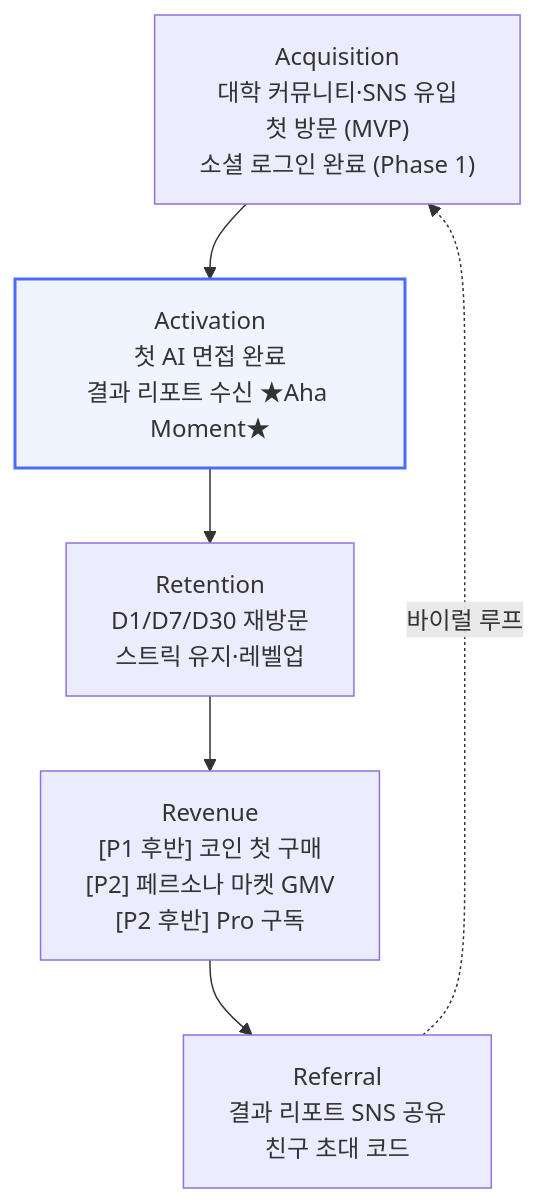
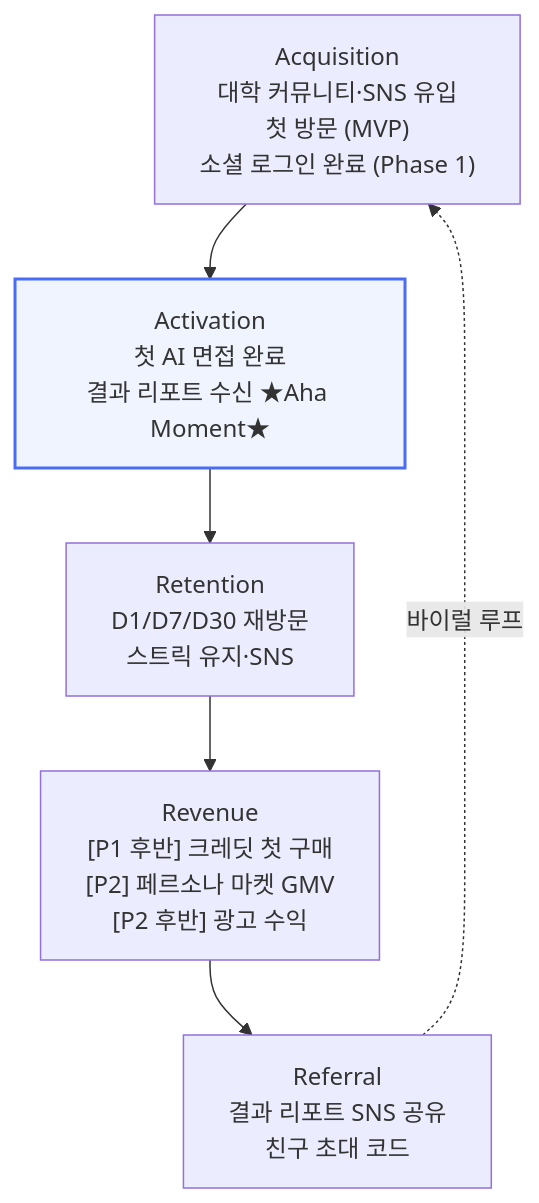
The third of 5 diagrams in docs/whitepaper/lww/proposal.md (2026-SKP-MIRAI/MIRAI), drawn with Mermaid before and after one commit. The commit also changed other lines of this file and 27 other files, not shown here.

````diff
--- a/docs/whitepaper/lww/proposal.md
+++ b/docs/whitepaper/lww/proposal.md
@@ -435,13 +481,13 @@
 ```mermaid
 flowchart TD
   A["Acquisition\n대학 커뮤니티·SNS 유입\n첫 방문 (MVP)\n소셜 로그인 완료 (Phase 1)"]
   B["Activation\n첫 AI 면접 완료\n결과 리포트 수신 ★Aha Moment★"]
-  C["Retention\nD1/D7/D30 재방문\n스트릭 유지·레벨업"]
-  D["Revenue\n[P1 후반] 코인 첫 구매\n[P2] 페르소나 마켓 GMV\n[P2 후반] Pro 구독"]
+  C["Retention\nD1/D7/D30 재방문\n스트릭 유지·SNS"]
+  D["Revenue\n[P1 후반] 크레딧 첫 구매\n[P2] 페르소나 마켓 GMV\n[P2 후반] 광고 수익"]
   E["Referral\n결과 리포트 SNS 공유\n친구 초대 코드"]
 
   A --> B --> C --> D --> E
   E -.->|바이럴 루프| A
 
   style B fill:#f0f4ff,stroke:#4a6cf7,stroke-width:2px
 ```
````
